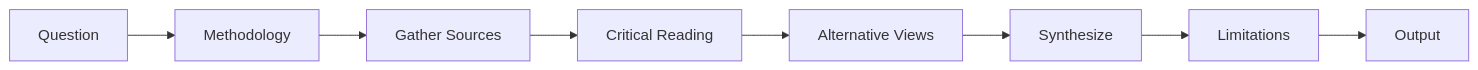
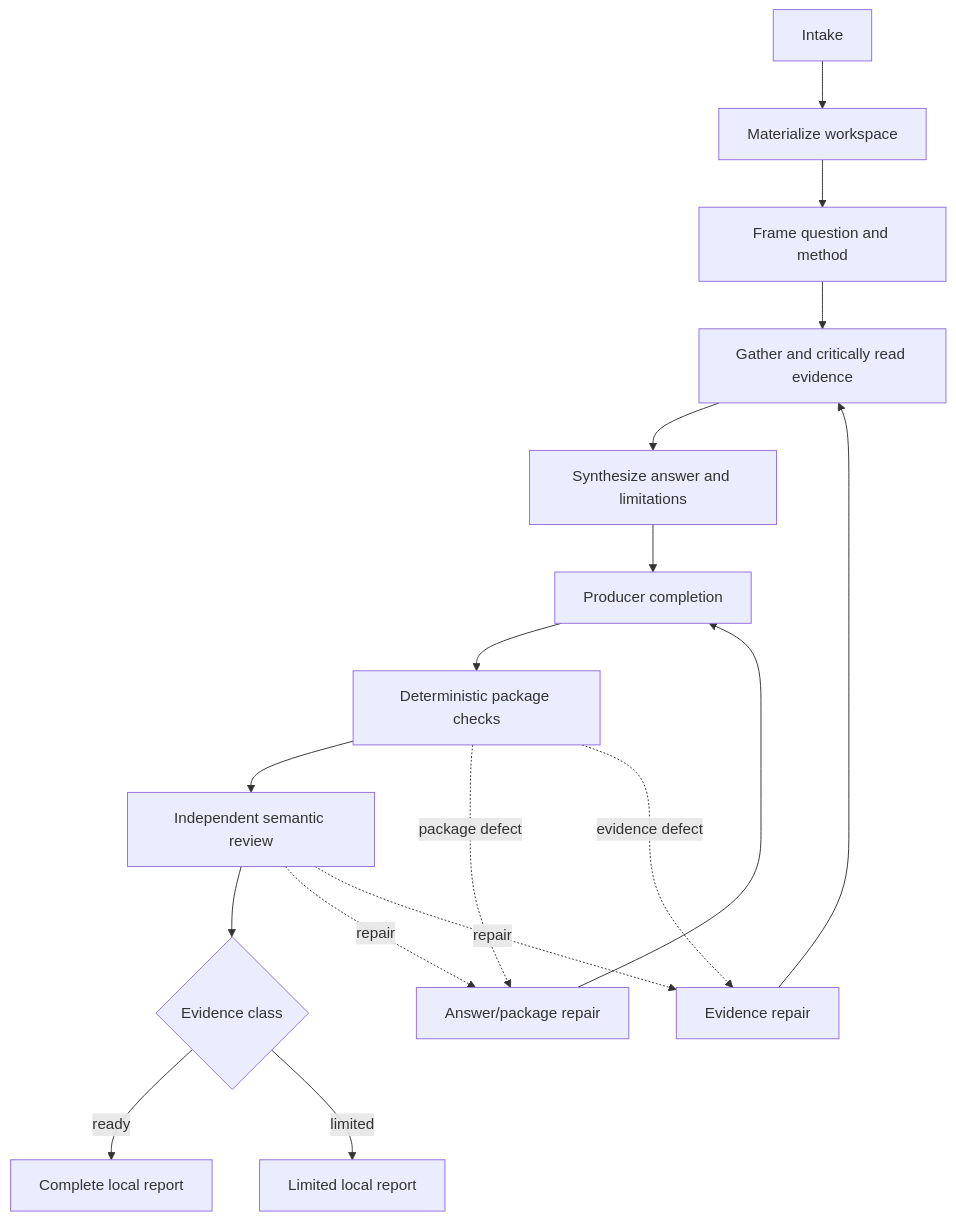
The diagram in packages/docs/src/content/docs/docs/reference/workflows/verified-research.mdx (moira-mcp/moira), drawn with Mermaid before and after one commit. The commit also changed other lines of this file and 122 other files, not shown here.

````diff
--- a/packages/docs/src/content/docs/docs/reference/workflows/verified-research.mdx
+++ b/packages/docs/src/content/docs/docs/reference/workflows/verified-research.mdx
@@ -18,10 +36,19 @@
 ```mermaid
-flowchart LR
-    A[Question] --> B[Methodology]
-    B --> C[Gather Sources]
-    C --> D[Critical Reading]
-    D --> E[Alternative Views]
-    E --> F[Synthesize]
-    F --> G[Limitations]
-    G --> H[Output]
+flowchart TD
+    A[Intake] --> B[Materialize workspace]
+    B --> C[Frame question and method]
+    C --> D[Gather and critically read evidence]
+    D --> E[Synthesize answer and limitations]
+    E --> F[Producer completion]
+    F --> G[Deterministic package checks]
+    G --> H[Independent semantic review]
+    H --> I{Evidence class}
+    I -->|ready| J[Complete local report]
+    I -->|limited| K[Limited local report]
+    G -. package defect .-> L[Answer/package repair]
+    G -. evidence defect .-> M[Evidence repair]
+    H -. repair .-> L
+    H -. repair .-> M
+    L --> F
+    M --> D
 ```
````
